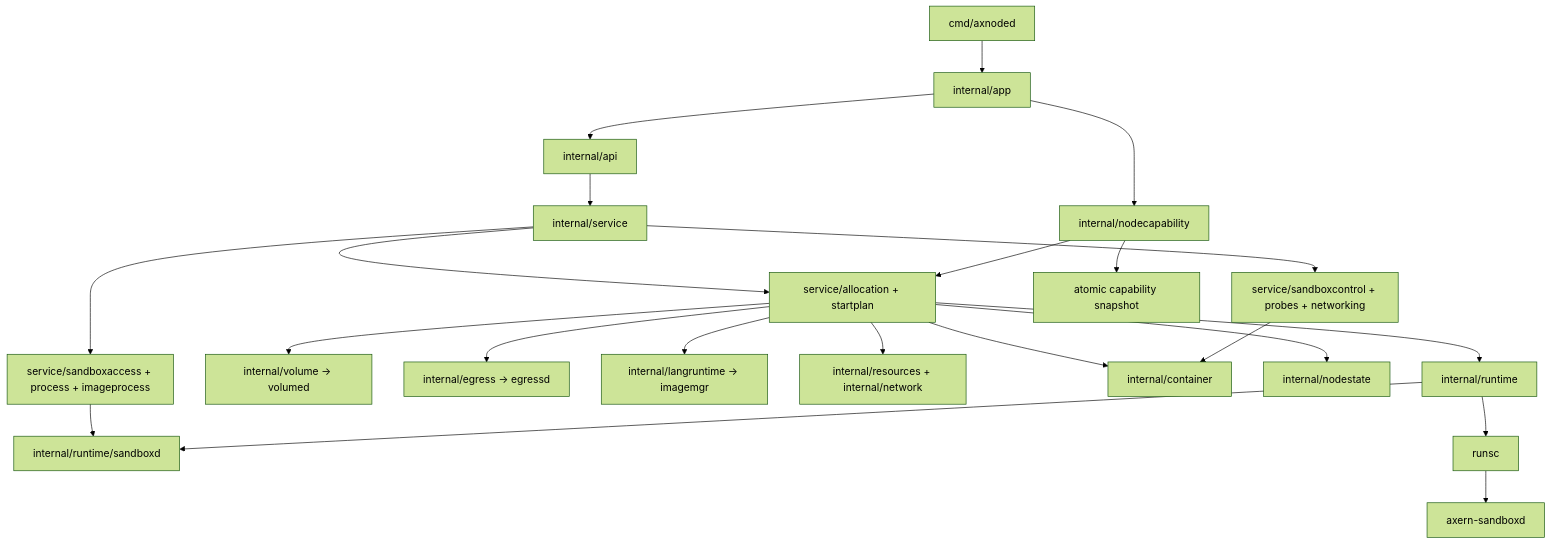
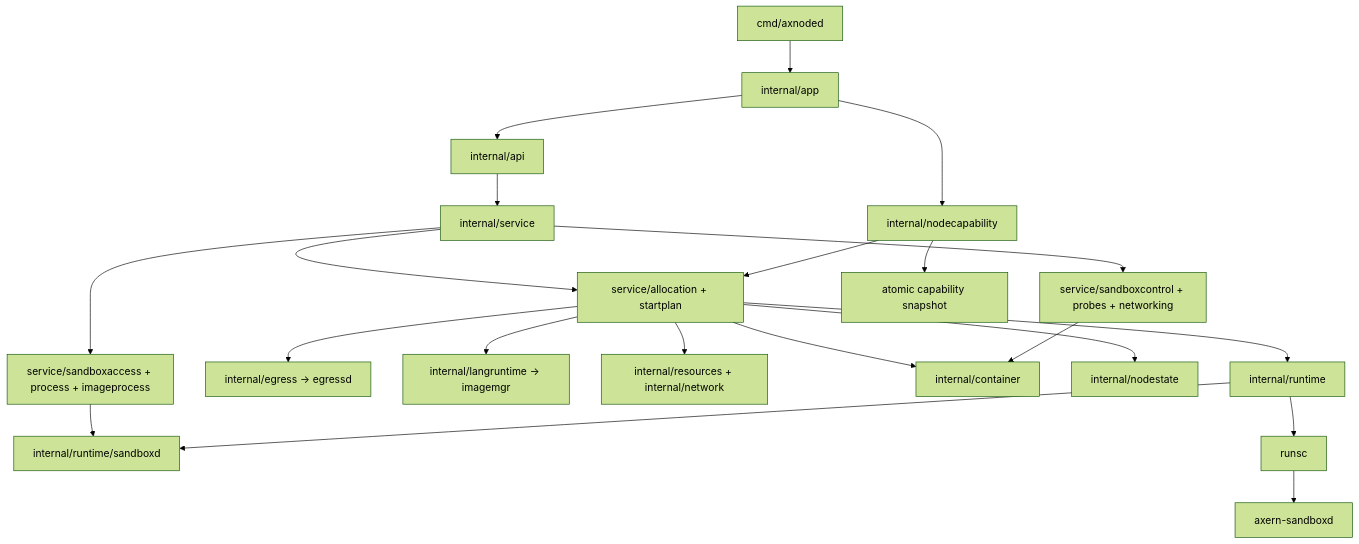
The first of 3 diagrams in runtime/axnoded/docs/architecture.md (cofy-x/axern), drawn with Mermaid (forest theme) before and after one commit. The commit also changed other lines of this file and 421 other files, not shown here.

````diff
--- a/runtime/axnoded/docs/architecture.md
+++ b/runtime/axnoded/docs/architecture.md
@@ -9,27 +9,26 @@
 ```mermaid
 flowchart TB
     Entry["cmd/axnoded"] --> App["internal/app"]
     App --> API["internal/api"]
     App --> Capability["internal/nodecapability"]
     API --> Service["internal/service"]
 
     Service --> Allocation["service/allocation + startplan"]
     Service --> Access["service/sandboxaccess + process + imageprocess"]
     Service --> Control["service/sandboxcontrol + probes + networking"]
 
-    Allocation --> Volume["internal/volume -> volumed"]
     Allocation --> Egress["internal/egress -> egressd"]
     Allocation --> LangRuntime["internal/langruntime -> imagemgr"]
     Allocation --> Resources["internal/resources + internal/network"]
     Allocation --> Container["internal/container"]
     Allocation --> NodeState["internal/nodestate"]
     Allocation --> Runtime["internal/runtime"]
     Capability --> Inventory["atomic capability snapshot"]
     Capability --> Allocation
 
     Access --> RuntimeClient["internal/runtime/sandboxd"]
     Control --> Container
     Runtime --> OCI["runsc"]
     Runtime --> RuntimeClient
     OCI --> Sandboxd["axern-sandboxd"]
 ```
````
